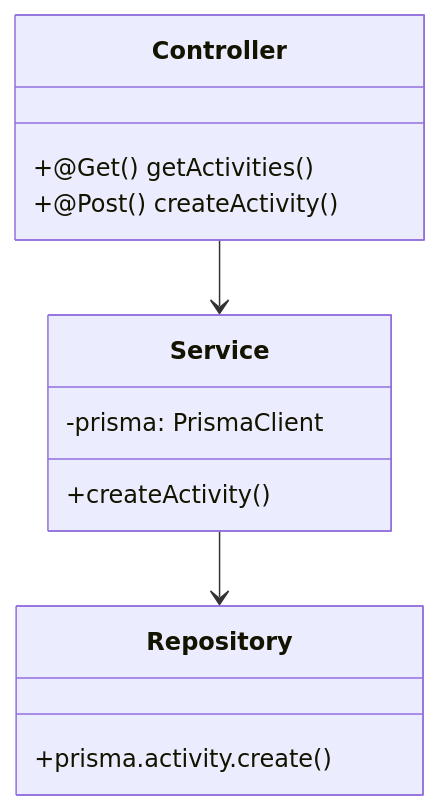
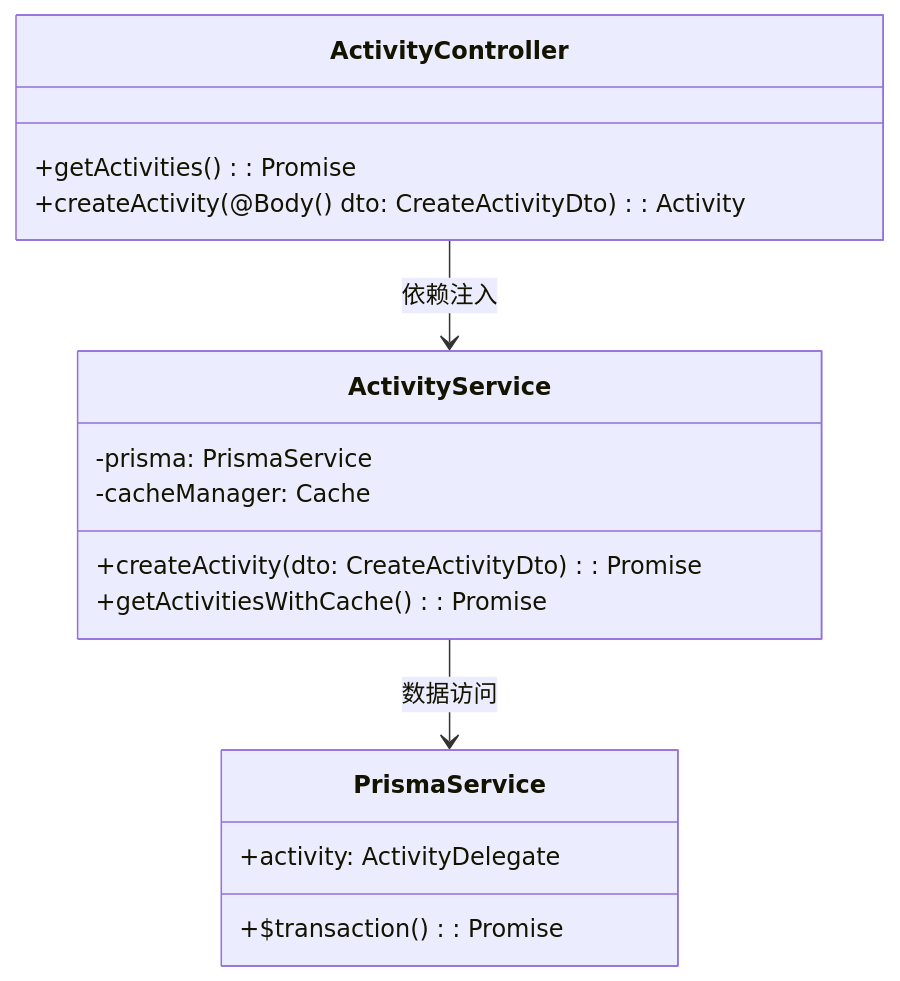
Before and after one commit to Guan612/Duck-Active-Admin: the first of 4 diagrams in doc/基于前后端分离的活动管理系统毕业设计模板.md, drawn with Mermaid. The commit also changed other lines of this file, not shown here.

````diff
--- a/doc/基于前后端分离的活动管理系统毕业设计模板.md
+++ b/doc/基于前后端分离的活动管理系统毕业设计模板.md
@@ -47,16 +18,22 @@
 ```mermaid
 classDiagram
-    class Controller {
-        +@Get() getActivities()
-        +@Post() createActivity()
+    class ActivityController {
+        +getActivities(): Promise<ActivityDto[]>
+        +createActivity(@Body() dto: CreateActivityDto): Activity
     }
-    class Service {
-        -prisma: PrismaClient
-        +createActivity()
+    
+    class ActivityService {
+        -prisma: PrismaService
+        -cacheManager: Cache
+        +createActivity(dto: CreateActivityDto): Promise<Activity>
+        +getActivitiesWithCache(): Promise<ActivityDto[]>
     }
-    class Repository {
-        +prisma.activity.create()
+    
+    class PrismaService {
+        +activity: ActivityDelegate
+        +$transaction(): Promise
     }
-    Controller --> Service
-    Service --> Repository
+    
+    ActivityController --> ActivityService : 依赖注入
+    ActivityService --> PrismaService : 数据访问
 ```
````
